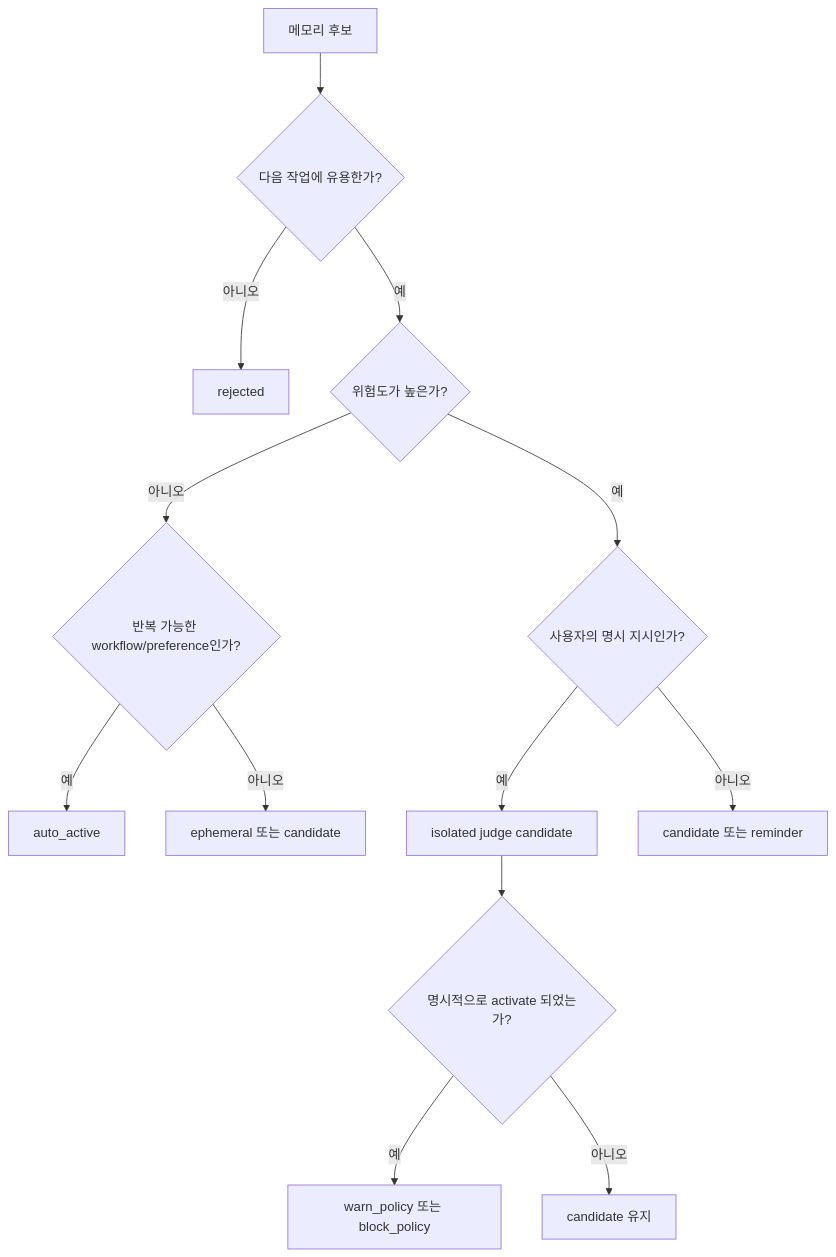
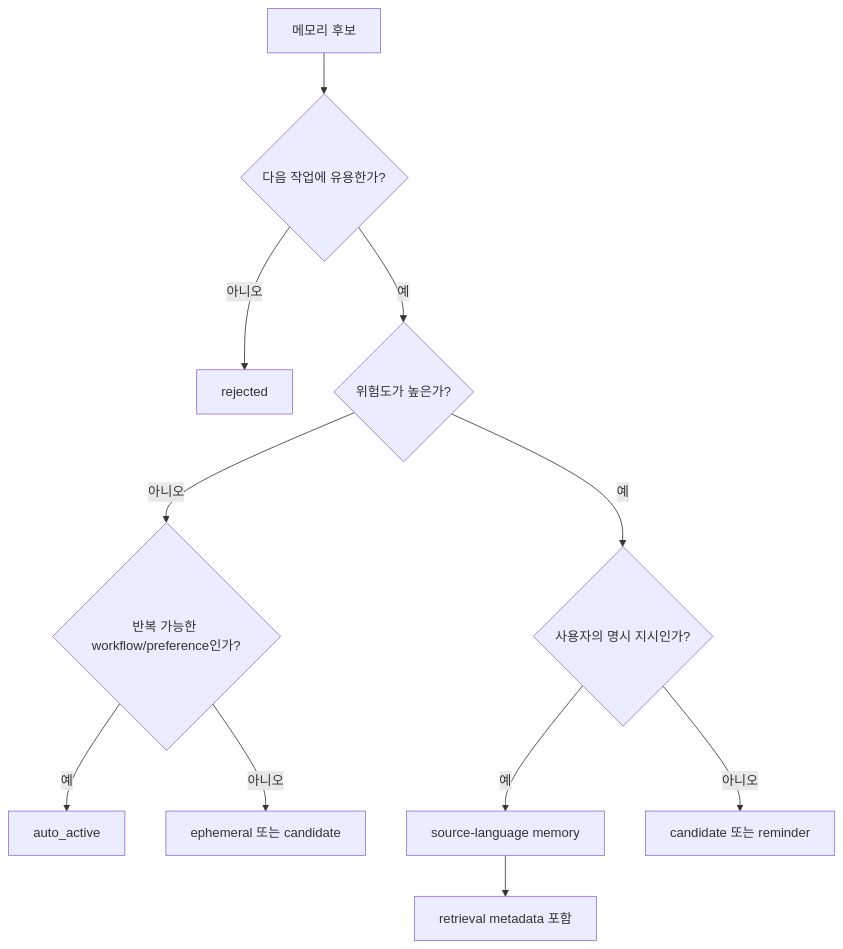
The seventh of 8 diagrams in README.md (lteawoo/MemAssist), drawn with Mermaid before and after one commit. The commit also changed other lines of this file and 42 other files, not shown here.

````diff
--- a/README.md
+++ b/README.md
@@ -372,15 +362,13 @@
 ```mermaid
 flowchart TD
     A[메모리 후보] --> B{다음 작업에 유용한가?}
     B -->|아니오| C[rejected]
     B -->|예| D{위험도가 높은가?}
     D -->|아니오| E{반복 가능한 workflow/preference인가?}
     E -->|예| F[auto_active]
     E -->|아니오| G[ephemeral 또는 candidate]
     D -->|예| H{사용자의 명시 지시인가?}
-    H -->|예| I[isolated judge candidate]
-    I --> J{명시적으로 activate 되었는가?}
-    J -->|예| K[warn_policy 또는 block_policy]
-    J -->|아니오| L[candidate 유지]
+    H -->|예| I[source-language memory]
+    I --> J[retrieval metadata 포함]
     H -->|아니오| M[candidate 또는 reminder]
 ```
````
